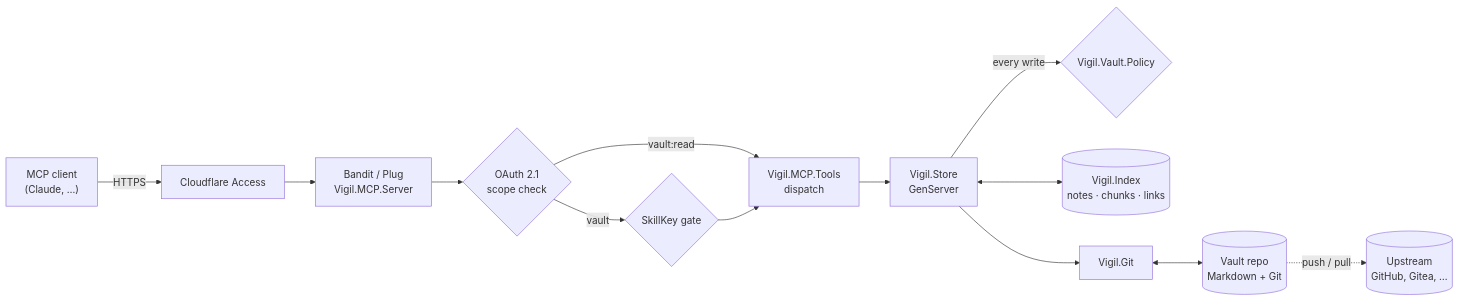
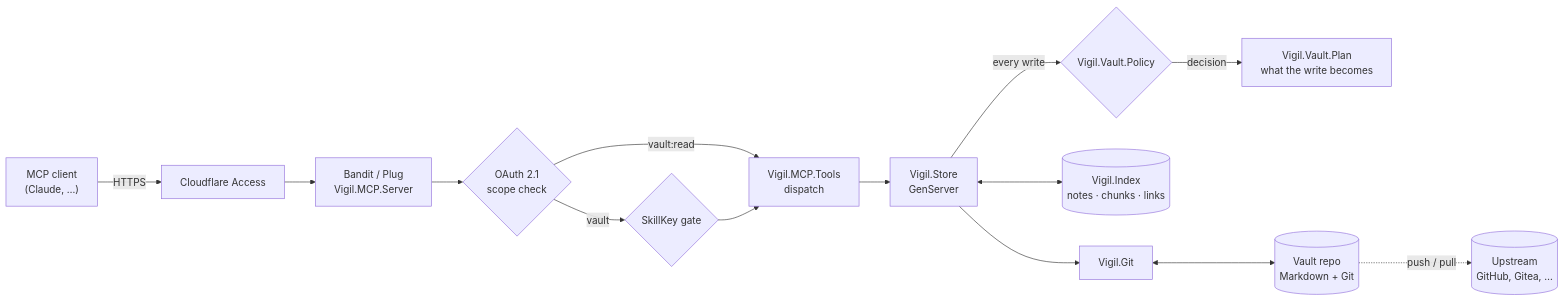
Before and after one commit to 64x-lunicorn/vigil: the first of 6 diagrams in docs/guide.md, drawn with Mermaid. The commit also changed other lines of this file and 25 other files, not shown here.

````diff
--- a/docs/guide.md
+++ b/docs/guide.md
@@ -60,15 +60,16 @@
 ```mermaid
 flowchart LR
     C["MCP client<br/>(Claude, …)"] -->|HTTPS| C1[Cloudflare Access]
     C1 --> B["Bandit / Plug<br/>Vigil.MCP.Server"]
     B --> O{"OAuth 2.1<br/>scope check"}
     O -->|"vault:read"| T["Vigil.MCP.Tools<br/>dispatch"]
     O -->|vault| K{SkillKey gate}
     K --> T
     T --> S["Vigil.Store<br/>GenServer"]
     S -->|every write| V{"Vigil.Vault.Policy"}
+    V -->|decision| PL["Vigil.Vault.Plan<br/>what the write becomes"]
     S <--> E[("Vigil.Index<br/>notes · chunks · links")]
     S --> G["Vigil.Git"]
     G <--> R[("Vault repo<br/>Markdown + Git")]
     R -.->|push / pull| U[("Upstream<br/>GitHub, Gitea, …")]
 ```
````
